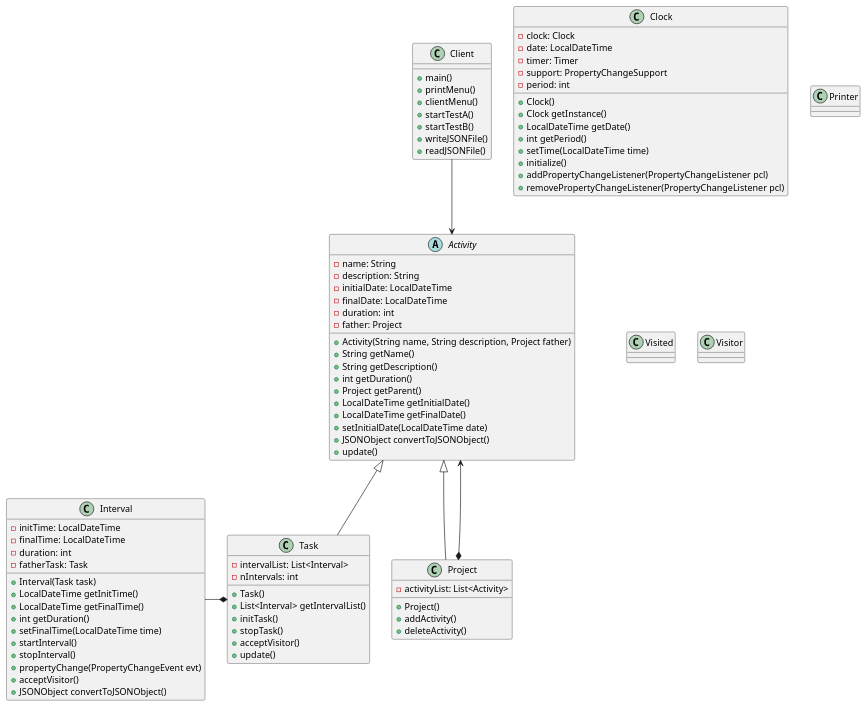
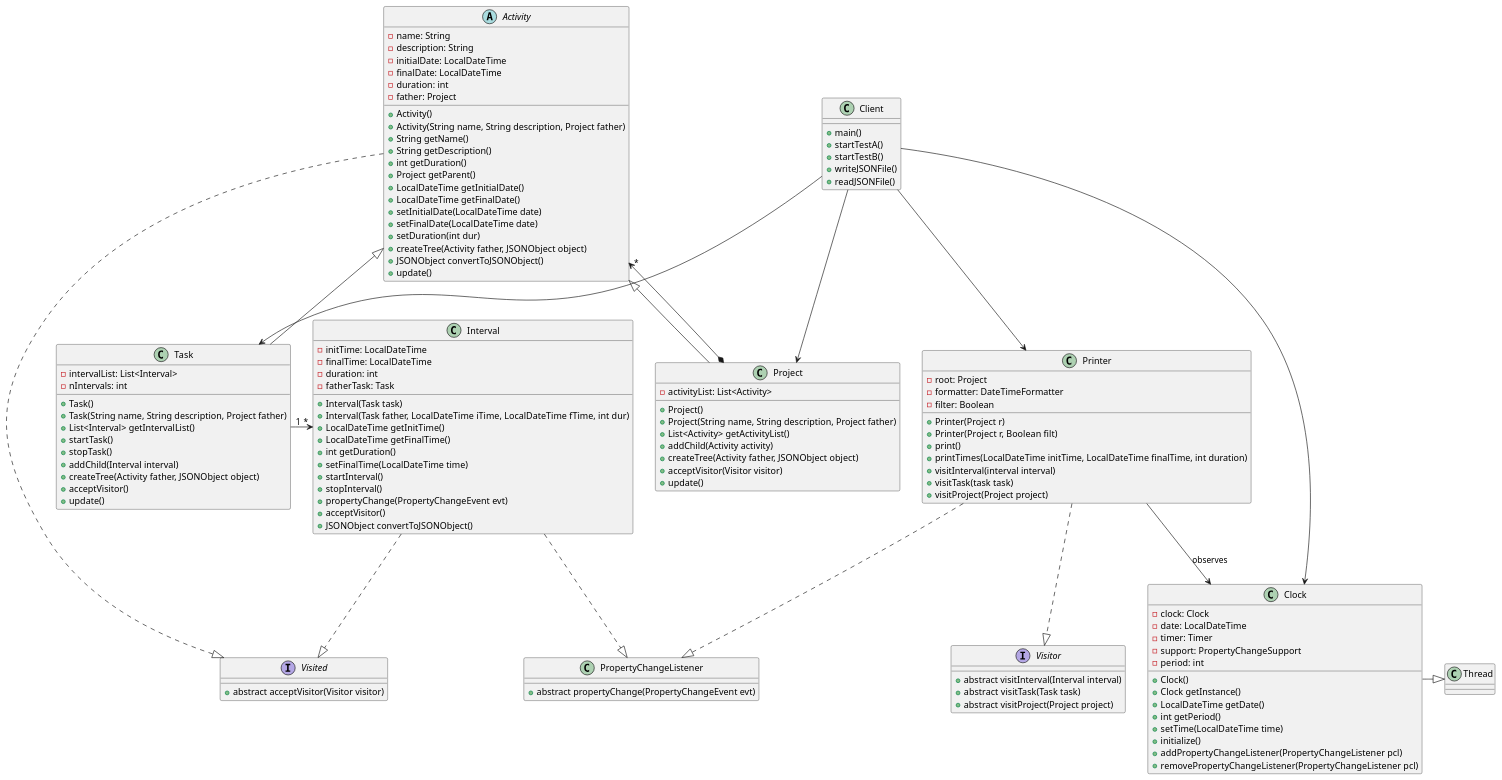
Before and after one commit to TimeTrackerUAB/timetracker: the diagram in out/production/timetracker/classDiagram.puml, drawn with PlantUML. The commit also changed 24 other files, not shown here.

```diff
--- a/out/production/timetracker/classDiagram.puml
+++ b/out/production/timetracker/classDiagram.puml
@@ -1,101 +1,143 @@
 @startuml
 
 
 abstract class Activity{
 - name: String
 - description: String
 - initialDate: LocalDateTime
 - finalDate: LocalDateTime
 - duration: int
 - father: Project
++ Activity()
 + Activity(String name, String description, Project father)
 + String getName()
 + String getDescription()
 + int getDuration()
 + Project getParent()
 + LocalDateTime getInitialDate()
 + LocalDateTime getFinalDate()
 + setInitialDate(LocalDateTime date)
++ setFinalDate(LocalDateTime date)
++ setDuration(int dur)
++ createTree(Activity father, JSONObject object)
 + JSONObject convertToJSONObject()
 + update()
 
 }
 
 class Task{
 - intervalList: List<Interval>
 - nIntervals: int
 + Task()
++ Task(String name, String description, Project father)
 + List<Interval> getIntervalList()
-+ initTask()
++ startTask()
 + stopTask()
++ addChild(Interval interval)
++ createTree(Activity father, JSONObject object)
 + acceptVisitor()
 + update()
 }
 
 class Project{
 - activityList: List<Activity>
 + Project()
-+ addActivity()
-+ deleteActivity()
++ Project(String name, String description, Project father)
++ List<Activity> getActivityList()
++ addChild(Activity activity)
++ createTree(Activity father, JSONObject object)
++ acceptVisitor(Visitor visitor)
++ update()
+
 }
 
 class Clock{
 - clock: Clock
 - date: LocalDateTime
 - timer: Timer
 - support: PropertyChangeSupport
 - period: int
 + Clock()
 + Clock getInstance()
 + LocalDateTime getDate()
 + int getPeriod()
 + setTime(LocalDateTime time)
 + initialize()
 + addPropertyChangeListener(PropertyChangeListener pcl)
 + removePropertyChangeListener(PropertyChangeListener pcl)
 }
 
+class Thread{}
+
 class Interval{
 - initTime: LocalDateTime
 - finalTime: LocalDateTime
 - duration: int
 - fatherTask: Task
 + Interval(Task task)
++ Interval(Task father, LocalDateTime iTime, LocalDateTime fTime, int dur)
 + LocalDateTime getInitTime()
 + LocalDateTime getFinalTime()
 + int getDuration()
 + setFinalTime(LocalDateTime time)
 + startInterval()
 + stopInterval()
 + propertyChange(PropertyChangeEvent evt)
 + acceptVisitor()
 + JSONObject convertToJSONObject()
 }
 
 class Client{
 + main()
-+ printMenu()
-+ clientMenu()
 + startTestA()
 + startTestB()
 + writeJSONFile()
 + readJSONFile()
 }
 
 class Printer{
+- root: Project
+- formatter: DateTimeFormatter
+- filter: Boolean
++ Printer(Project r)
++ Printer(Project r, Boolean filt)
++ print()
++ printTimes(LocalDateTime initTime, LocalDateTime finalTime, int duration)
++ visitInterval(interval interval)
++ visitTask(task task)
++ visitProject(Project project)
 }
 
-class Visited{
+interface Visited{
++ abstract acceptVisitor(Visitor visitor)
 }
 
-class Visitor{
+interface Visitor{
++ abstract visitInterval(Interval interval)
++ abstract visitTask(Task task)
++ abstract visitProject(Project project)
+
+}
+
+class PropertyChangeListener{
++ abstract propertyChange(PropertyChangeEvent evt)
 }
 
 
 Project -up-|> Activity
 Task -up-|> Activity
-Project  *--> Activity
-Client --> Activity
-Task *-left- Interval
+Project  *--> "*" Activity
+Client --> Project
+Client --> Task
+Client --> Clock
+Client --> Printer
+Task "1" -right->"*" Interval
+Printer --> Clock : observes
+Clock -right-|> Thread
+Printer ..|> Visitor
+Activity ..|> Visited
+Interval ..|> Visited
+Printer ..|> PropertyChangeListener
+Interval ..|> PropertyChangeListener
 
 @enduml
```
